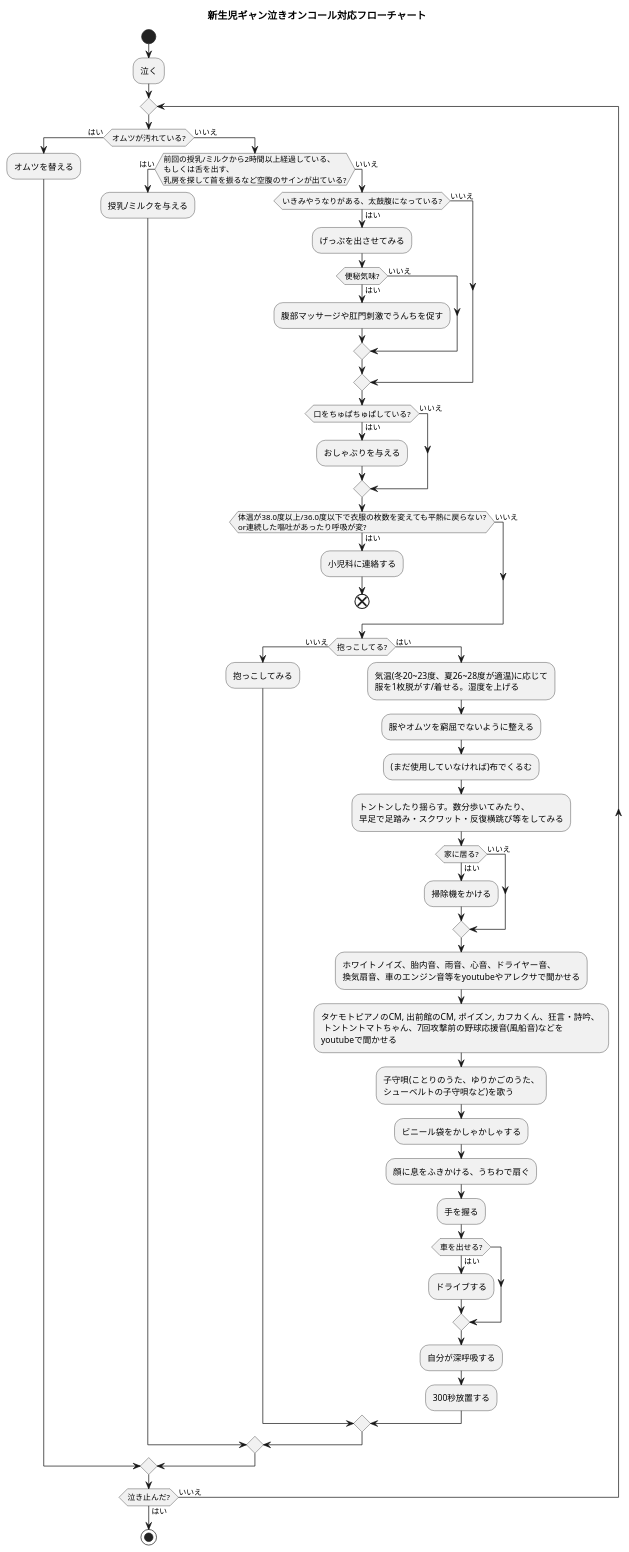
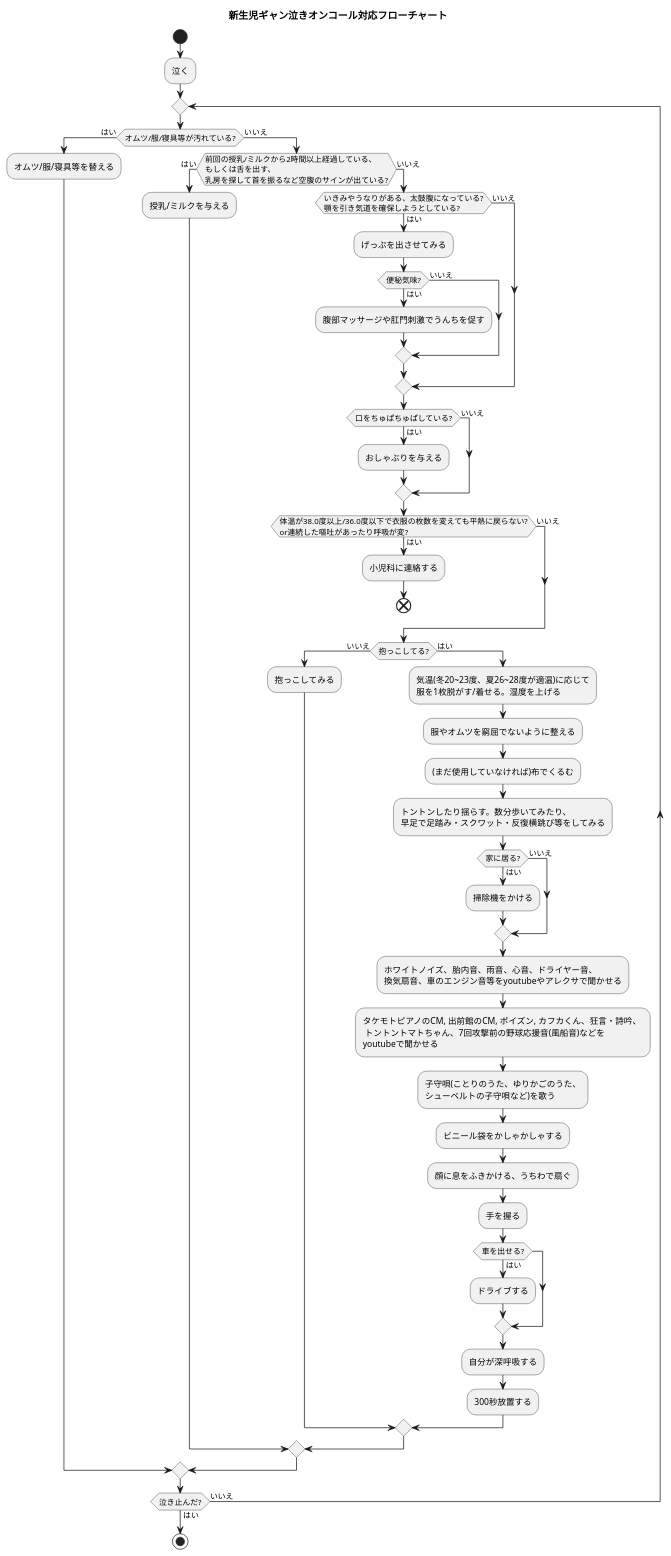
One commit to dakimura/gyan-crying-oncall-playbook changed the diagram in flowchart.puml. Above: the diagram before and after it, drawn with PlantUML. The commit also changed 5 other files, not shown here.

First line of the commit message:
feat: PlantUML画像自動生成用のCI (#11)

```diff
--- a/flowchart.puml
+++ b/flowchart.puml
@@ -1,61 +1,62 @@
 @startuml
 
+'test
 title 新生児ギャン泣きオンコール対応フローチャート
 start
 
 :泣く;
 
 repeat;
-  if (オムツが汚れている?) then (はい)
-    :オムツを替える;
+  if (オムツ/服/寝具等が汚れている?) then (はい)
+    :オムツ/服/寝具等を替える;
   else (いいえ)
     if (前回の授乳/ミルクから2時間以上経過している、\nもしくは舌を出す、\n乳房を探して首を振るなど空腹のサインが出ている?) then (はい)
       :授乳/ミルクを与える;
     else (いいえ)
-      if (いきみやうなりがある、太鼓腹になっている?) then (はい)
+      if (いきみやうなりがある、太鼓腹になっている?\n顎を引き気道を確保しようとしている?) then (はい)
         :げっぷを出させてみる;
         if (便秘気味?) then (はい)
           :腹部マッサージや肛門刺激でうんちを促す;
         else (いいえ)
         endif
       else (いいえ)
       endif
       if (口をちゅぱちゅぱしている?) then (はい)
         :おしゃぶりを与える;
       else (いいえ)
       endif
       if (体温が38.0度以上/36.0度以下で衣服の枚数を変えても平熱に戻らない?\nor連続した嘔吐があったり呼吸が変?) then (はい)
         :小児科に連絡する;
         end
       else (いいえ)
       endif
       if (抱っこしてる?) then (いいえ)
         :抱っこしてみる;
       else (はい)
         :気温(冬20~23度、夏26~28度が適温)に応じて\n服を1枚脱がす/着せる。湿度を上げる;
         :服やオムツを窮屈でないように整える;
         :(まだ使用していなければ)布でくるむ;
         :トントンしたり揺らす。数分歩いてみたり、\n早足で足踏み・スクワット・反復横跳び等をしてみる;
         if (家に居る?) then (はい)
           :掃除機をかける;
         else (いいえ)
         endif
         :ホワイトノイズ、胎内音、雨音、心音、ドライヤー音、\n換気扇音、車のエンジン音等をyoutubeやアレクサで聞かせる;
         :タケモトピアノのCM, 出前館のCM, ポイズン, カフカくん、狂言・詩吟、 \n トントントマトちゃん、7回攻撃前の野球応援音(風船音)などを\nyoutubeで聞かせる;
         :子守唄(ことりのうた、ゆりかごのうた、\nシューベルトの子守唄など)を歌う;
         :ビニール袋をかしゃかしゃする;
         :顔に息をふきかける、うちわで扇ぐ;
         :手を握る;
         if (車を出せる?) then (はい)
           :ドライブする;
         endif
         :自分が深呼吸する;
         :300秒放置する;
       endif
     endif
   endif
 repeat while (泣き止んだ?) is (いいえ) not (はい)
 
 stop
 
 @enduml
```
